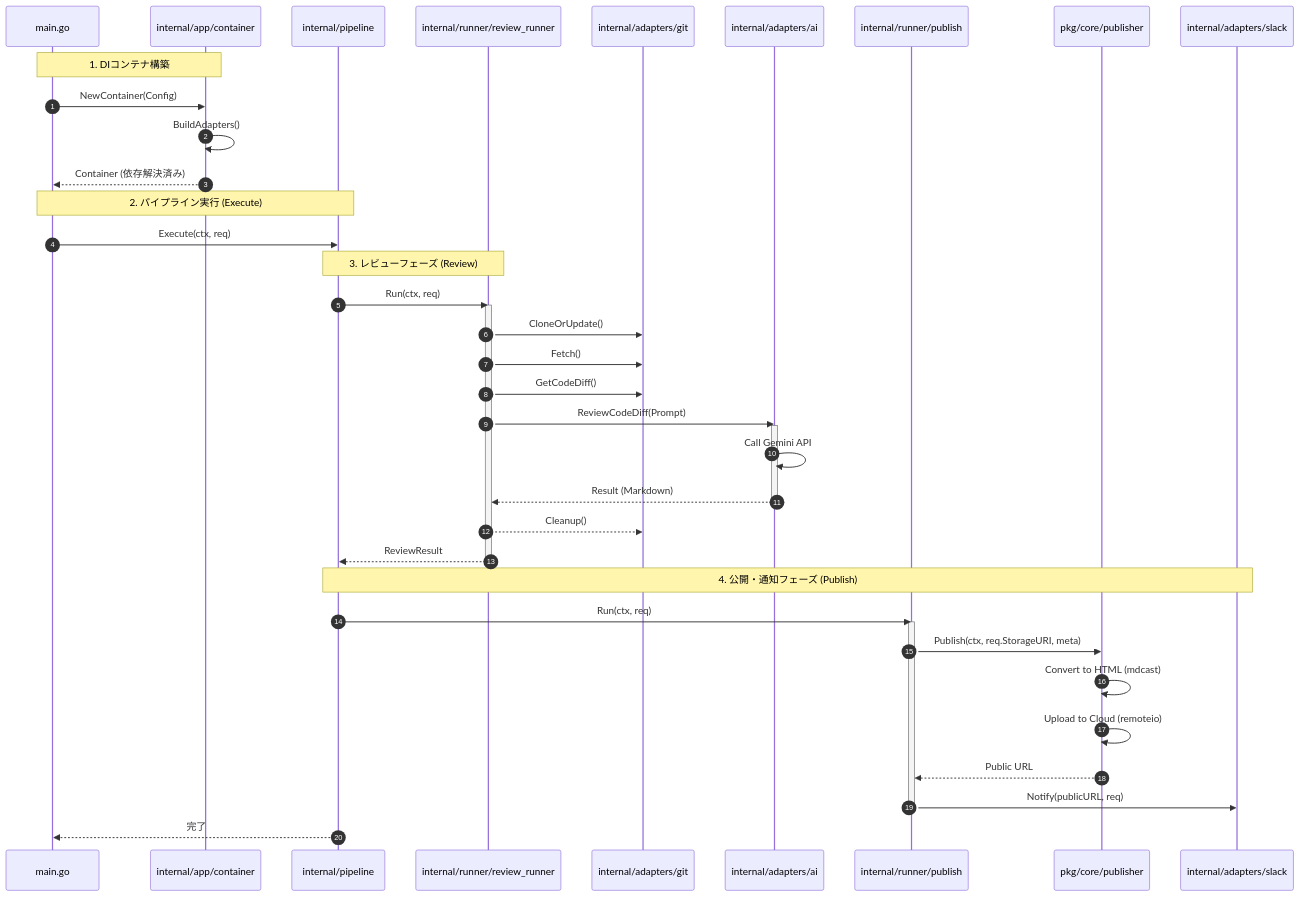
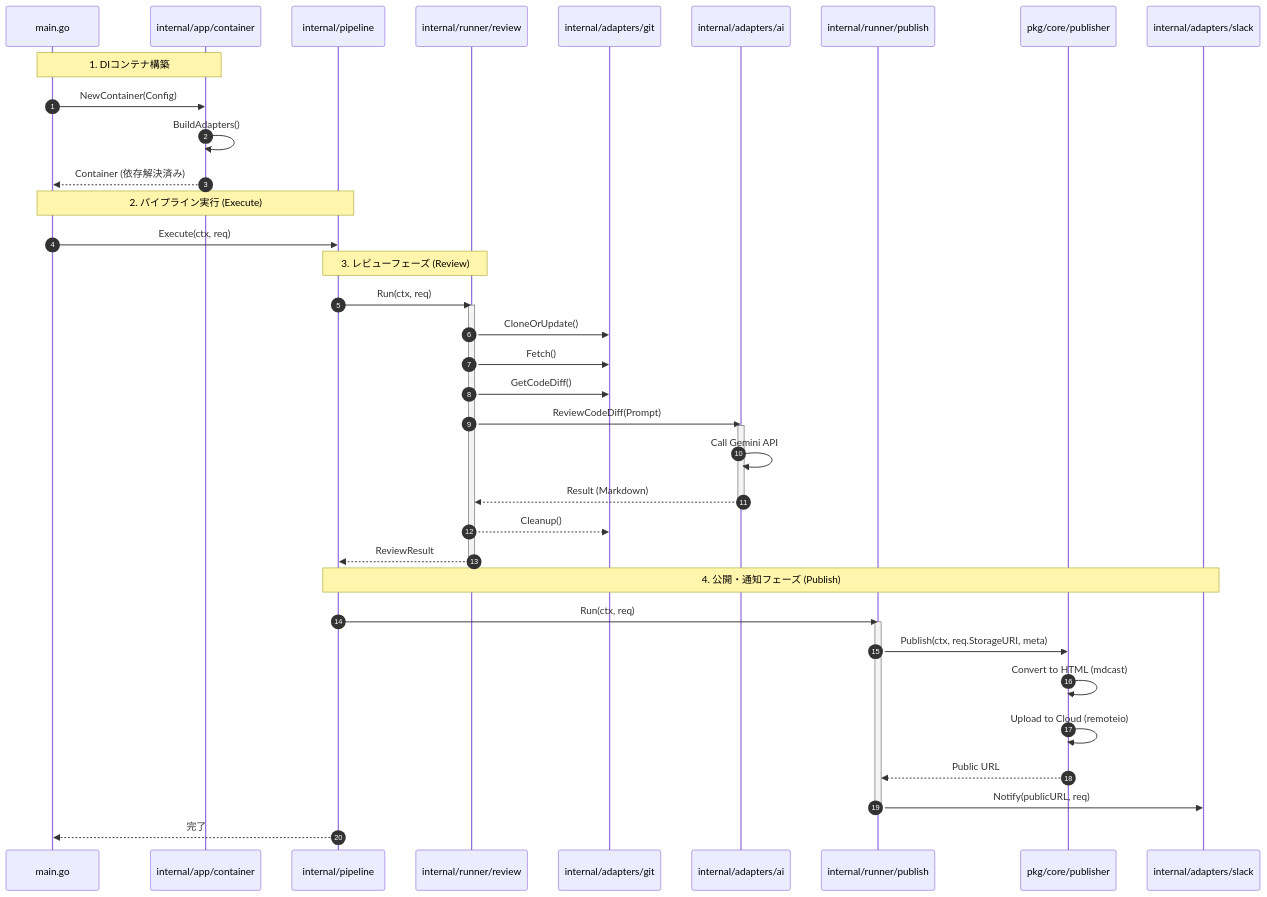
One commit to shouni/git-gemini-cli changed the diagram in README.md. Above: the diagram before and after it, drawn with Mermaid.

Commit message:
Docs: update README sequence diagram to reflect review runner path change

````diff
--- a/README.md
+++ b/README.md
@@ -64,47 +64,47 @@
 ```mermaid
 sequenceDiagram
     autonumber
     participant Main as main.go
     participant Cont as internal/app/container
     participant Pipe as internal/pipeline
-    participant ReviewR as internal/runner/review_runner
+    participant ReviewR as internal/runner/review
     participant Git as internal/adapters/git
     participant AI as internal/adapters/ai
     participant PublishR as internal/runner/publish
     participant Pub as pkg/core/publisher
     participant Slack as internal/adapters/slack
 
     Note over Main, Cont: 1. DIコンテナ構築
     Main->>Cont: NewContainer(Config)
     Cont->>Cont: BuildAdapters()
     Cont-->>Main: Container (依存解決済み)
 
     Note over Main, Pipe: 2. パイプライン実行 (Execute)
     Main->>Pipe: Execute(ctx, req)
 
     Note over Pipe, ReviewR: 3. レビューフェーズ (Review)
     Pipe->>ReviewR: Run(ctx, req)
     activate ReviewR
     ReviewR->>Git: CloneOrUpdate()
     ReviewR->>Git: Fetch()
     ReviewR->>Git: GetCodeDiff()
     ReviewR->>AI: ReviewCodeDiff(Prompt)
     activate AI
     AI->>AI: Call Gemini API
     AI-->>ReviewR: Result (Markdown)
     deactivate AI
     ReviewR-->>Git: Cleanup()
     ReviewR-->>Pipe: ReviewResult
     deactivate ReviewR
 
     Note over Pipe, Slack: 4. 公開・通知フェーズ (Publish)
     Pipe->>PublishR: Run(ctx, req)
     activate PublishR
     PublishR->>Pub: Publish(ctx, req.StorageURI, meta)
     Pub->>Pub: Convert to HTML (mdcast)
     Pub->>Pub: Upload to Cloud (remoteio)
     Pub-->>PublishR: Public URL
     PublishR->>Slack: Notify(publicURL, req)
     deactivate PublishR
     Pipe-->>Main: 完了
 ```
````
